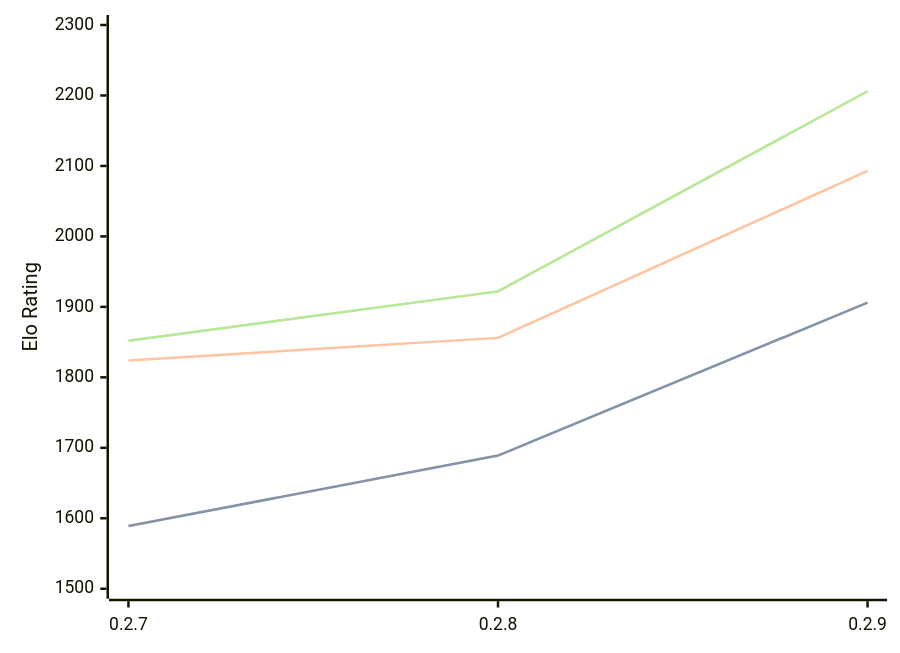
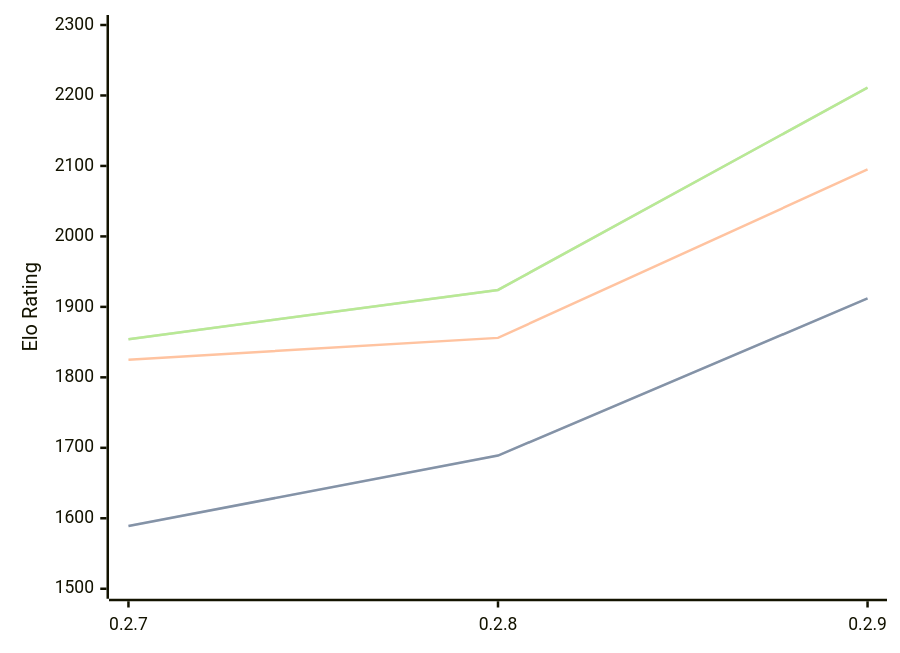
The third of 3 diagrams in engines/Dual.md (computer-chess-index/cci), drawn with Mermaid before and after one commit. The commit also changed other lines of this file, not shown here.

Commit message:
Update CCI Ratings (ELO VLTC) - 2026-06-30

````diff
--- a/engines/Dual.md
+++ b/engines/Dual.md
@@ -75,11 +75,11 @@
 ```mermaid
 %%{init: {"theme":"base","themeVariables":{"seriesColors:['#a3a3a3','#222221','#faa371']}}}%%
 xychart-beta
   x-axis ["0.2.7", "0.2.8", "0.2.9"]
   y-axis "Elo Rating" 1500 --> 2300
-  line "STC (8.0+0.08s)" [1589, 1689, 1906]
-  line "STC (8.0+0.08s)" [1589, 1689, 1906]
-  line "LTC (60.0+0.60s)" [1824, 1856, 2093]
-  line "VLTC (2m24s+1.12s)" [1852, 1922, 2206]
-  line "VLTC (2m24s+1.12s)" [1852, 1922, 2206]
+  line "STC (8.0+0.08s)" [1589, 1689, 1912]
+  line "STC (8.0+0.08s)" [1589, 1689, 1912]
+  line "LTC (60.0+0.60s)" [1825, 1856, 2095]
+  line "VLTC (2m24s+1.12s)" [1854, 1924, 2211]
+  line "VLTC (2m24s+1.12s)" [1854, 1924, 2211]
 ```
````
